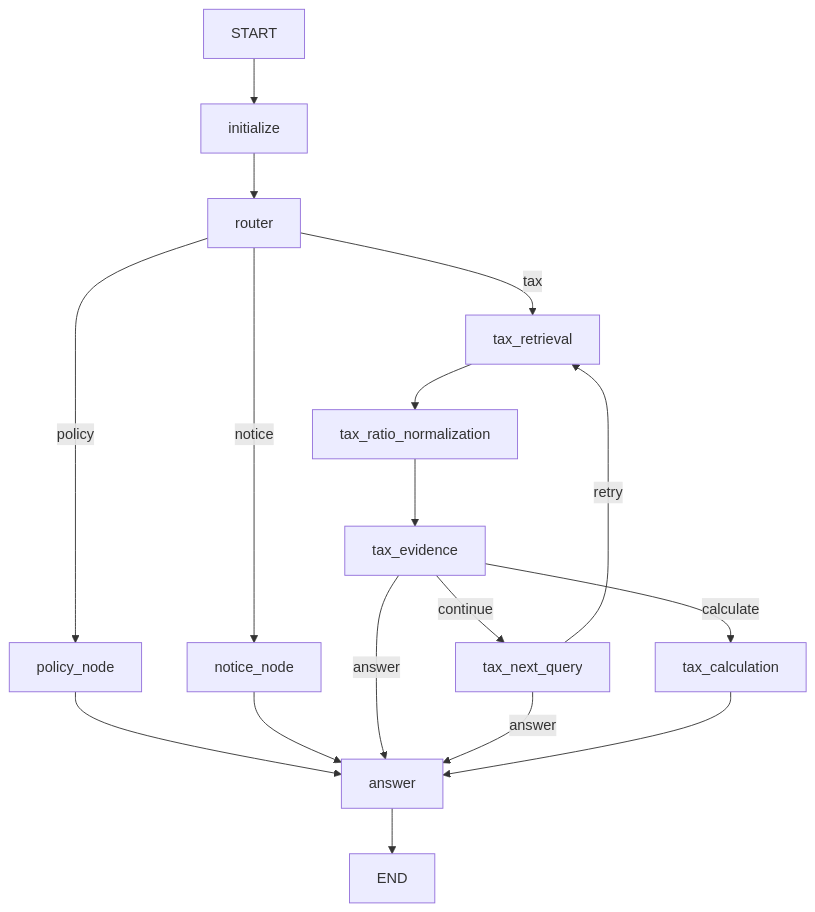
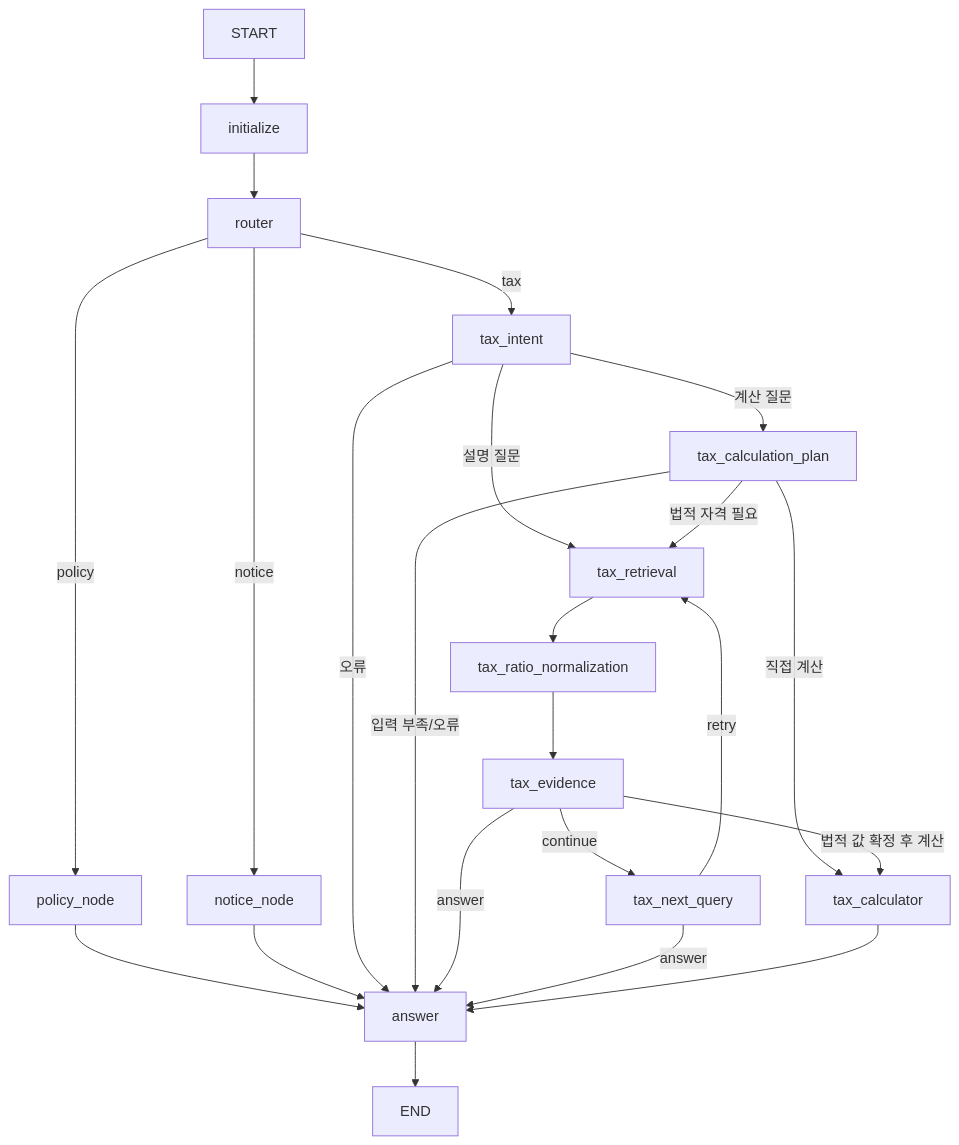
Before and after one commit to SKNETWORKS-FAMILY-AICAMP/SKN34-3rd-3Team: the diagram in LLM/LANGGRAPH_ARCHITECTURE.md, drawn with Mermaid. The commit also changed other lines of this file and 9 other files, not shown here.

````diff
--- a/LLM/LANGGRAPH_ARCHITECTURE.md
+++ b/LLM/LANGGRAPH_ARCHITECTURE.md
@@ -127,25 +132,33 @@
 ```mermaid
 flowchart TD
     START --> initialize
     initialize --> router
 
     router -->|policy| policy_node
     policy_node --> answer
 
     router -->|notice| notice_node
     notice_node --> answer
 
-    router -->|tax| tax_retrieval
+    router -->|tax| tax_intent
+    tax_intent -->|설명 질문| tax_retrieval
+    tax_intent -->|계산 질문| tax_calculation_plan
+    tax_intent -->|오류| answer
+
+    tax_calculation_plan -->|입력 부족/오류| answer
+    tax_calculation_plan -->|직접 계산| tax_calculator
+    tax_calculation_plan -->|법적 자격 필요| tax_retrieval
+
     tax_retrieval --> tax_ratio_normalization
     tax_ratio_normalization --> tax_evidence
 
     tax_evidence -->|continue| tax_next_query
     tax_evidence -->|answer| answer
-    tax_evidence -->|calculate| tax_calculation
+    tax_evidence -->|법적 값 확정 후 계산| tax_calculator
 
     tax_next_query -->|retry| tax_retrieval
     tax_next_query -->|answer| answer
 
-    tax_calculation --> answer
+    tax_calculator --> answer
     answer --> END
 ```
````
